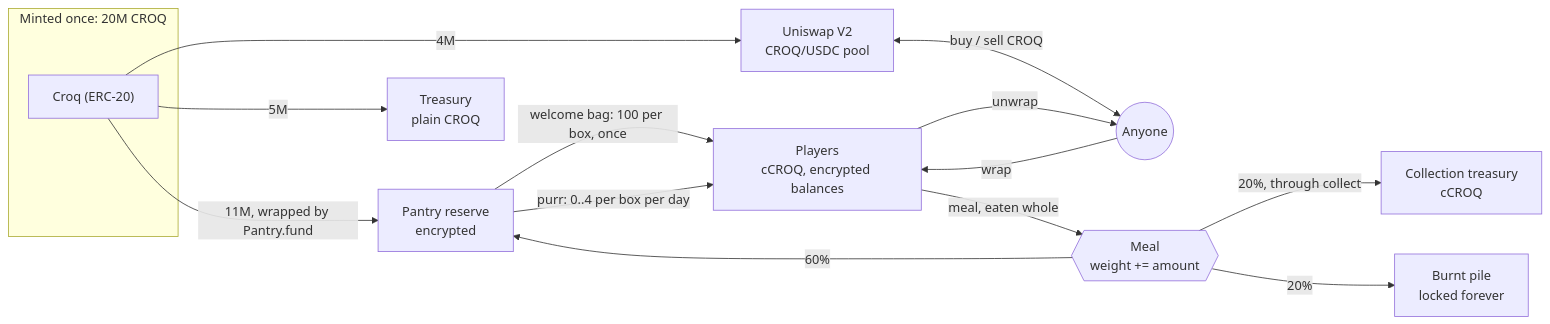
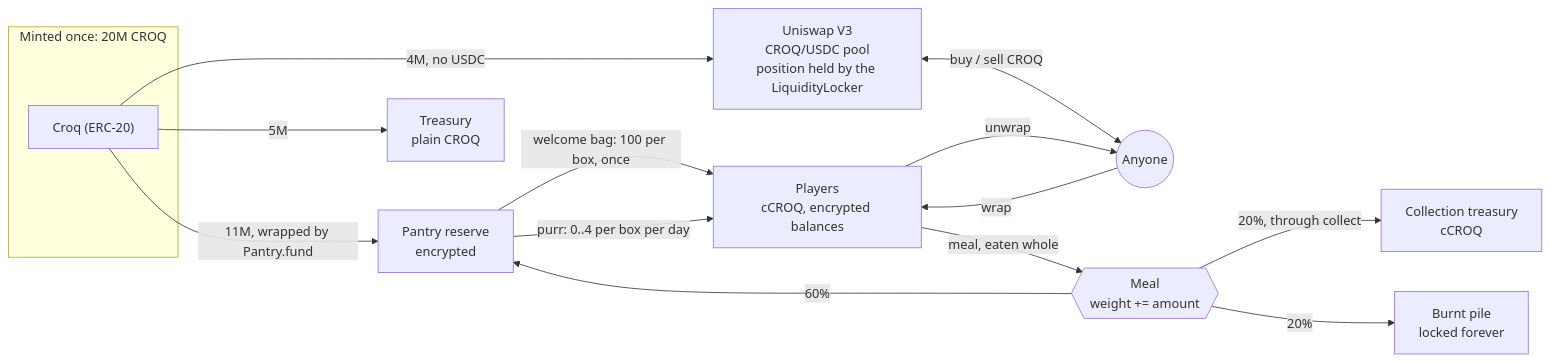
The first of 6 diagrams in docs/CROQ.md (jecombe/do_not_open), drawn with Mermaid before and after one commit. The commit also changed other lines of this file and 58 other files, not shown here.

Commit message:
Open the CROQ market as a CROQ-only Uniswap V3 position locked for good, and redeploy the collection on Sepolia

````diff
--- a/docs/CROQ.md
+++ b/docs/CROQ.md
@@ -72,20 +72,20 @@
 ```mermaid
 flowchart LR
   subgraph mint["Minted once: 20M CROQ"]
     croq["Croq (ERC-20)"]
   end
   croq -- "11M, wrapped by Pantry.fund" --> reserve["Pantry reserve<br/>encrypted"]
-  croq -- "4M" --> pool["Uniswap V2<br/>CROQ/USDC pool"]
+  croq -- "4M, no USDC" --> pool["Uniswap V3<br/>CROQ/USDC pool<br/>position held by the LiquidityLocker"]
   croq -- "5M" --> treasury["Treasury<br/>plain CROQ"]
 
   reserve -- "welcome bag: 100 per box, once" --> players["Players<br/>cCROQ, encrypted balances"]
   reserve -- "purr: 0..4 per box per day" --> players
   pool <-- "buy / sell CROQ" --> market(("Anyone"))
   market -- "wrap" --> players
   players -- "unwrap" --> market
 
   players -- "meal, eaten whole" --> meal{{"Meal<br/>weight += amount"}}
   meal -- "60%" --> reserve
   meal -- "20%, through collect" --> owner["Collection treasury<br/>cCROQ"]
   meal -- "20%" --> burnt["Burnt pile<br/>locked forever"]
 ```
````
